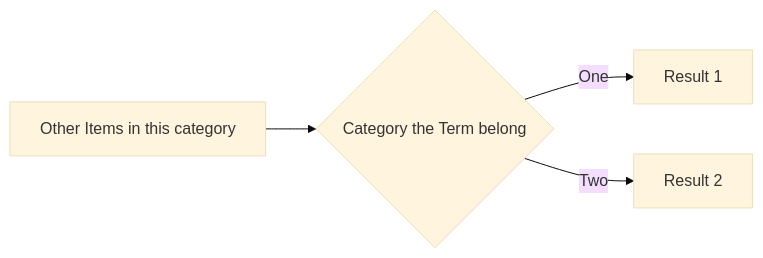
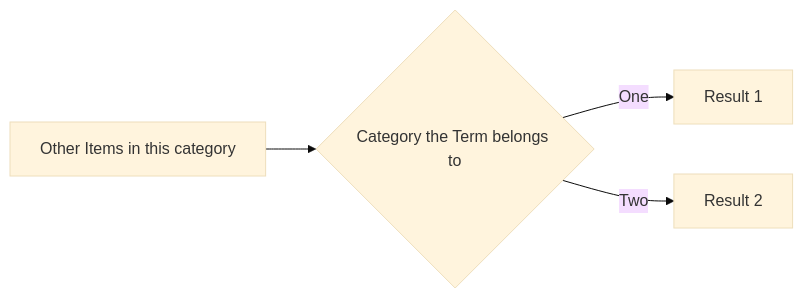
Before and after one commit to gerbssusd/dok: the diagram in slides.md, drawn with Mermaid (base theme).

````diff
--- a/slides.md
+++ b/slides.md
@@ -217,6 +217,6 @@
 ```mermaid {theme: 'neutral', scale: 0.8}
 graph LR
-B[Other Items in this category] --> C{Category the Term belong}
+B[Other Items in this category] --> C{Category the Term belongs to}
 C -->|One| D[Result 1]
 C -->|Two| E[Result 2]
 ```
````
